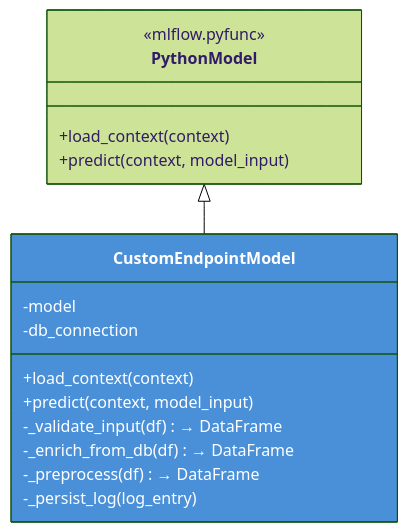
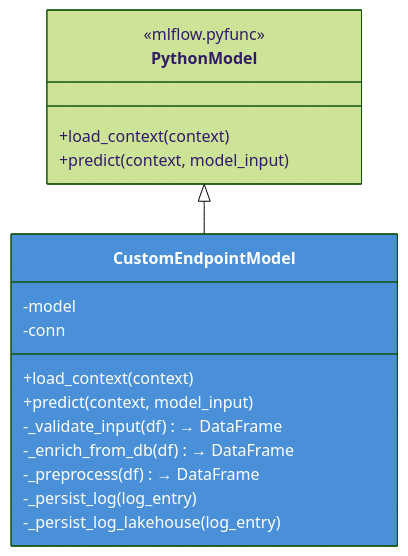
One commit to fredgis/fabric-foundry-kb changed the fourth of 6 diagrams in MLinFabric.md. Above: the diagram before and after it, drawn with Mermaid (forest theme). The commit also changed other lines of this file, not shown here.

````diff
--- a/MLinFabric.md
+++ b/MLinFabric.md
@@ -241,23 +261,24 @@
 ```mermaid
 classDiagram
     class PythonModel {
         <<mlflow.pyfunc>>
         +load_context(context)
         +predict(context, model_input)
     }
 
     class CustomEndpointModel {
         -model
-        -db_connection
+        -conn
         +load_context(context)
         +predict(context, model_input)
         -_validate_input(df) → DataFrame
         -_enrich_from_db(df) → DataFrame
         -_preprocess(df) → DataFrame
         -_persist_log(log_entry)
+        -_persist_log_lakehouse(log_entry)
     }
 
     PythonModel <|-- CustomEndpointModel
 
     style CustomEndpointModel fill:#4a90d9,color:#fff
 ```
````
